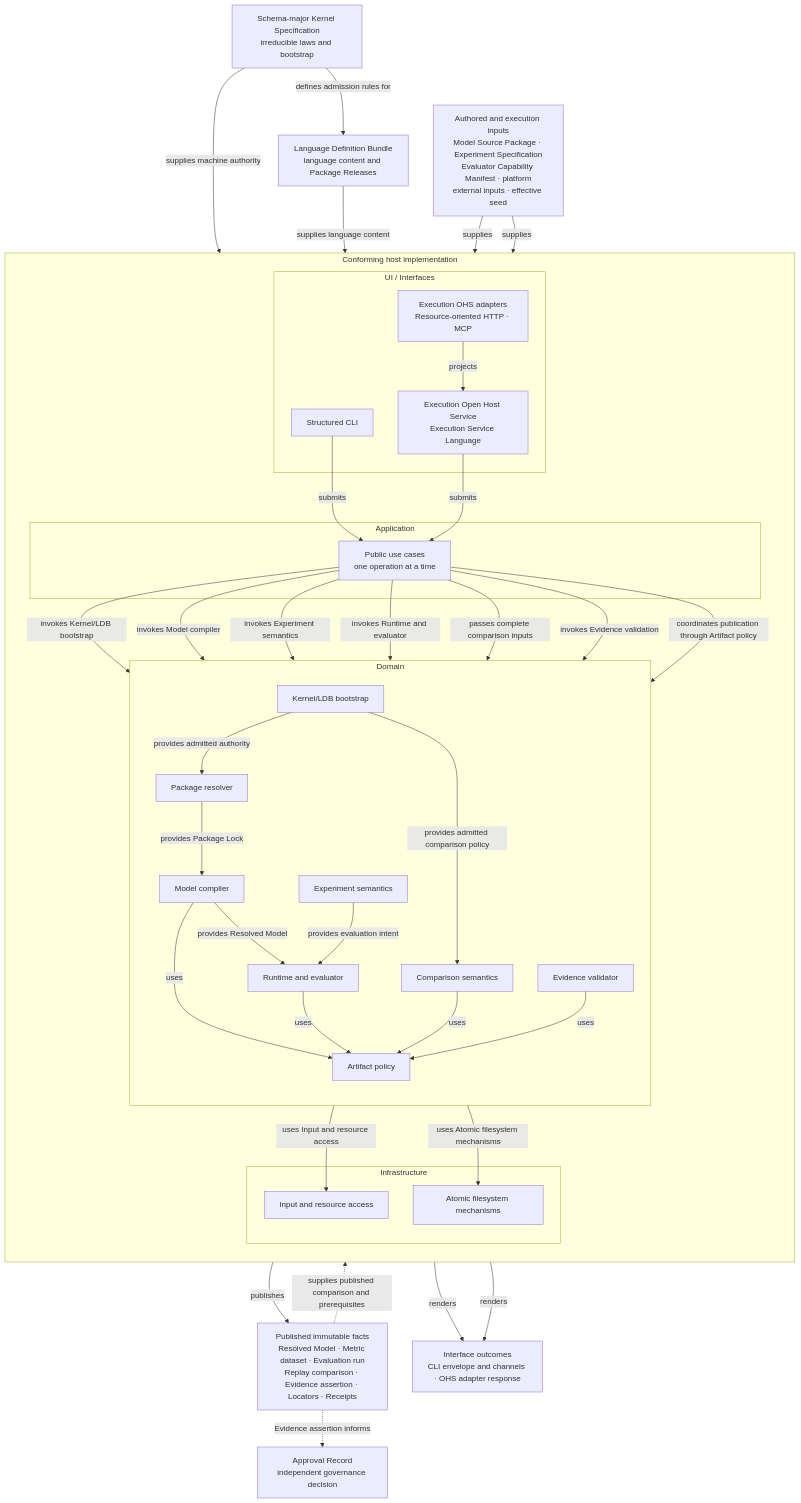
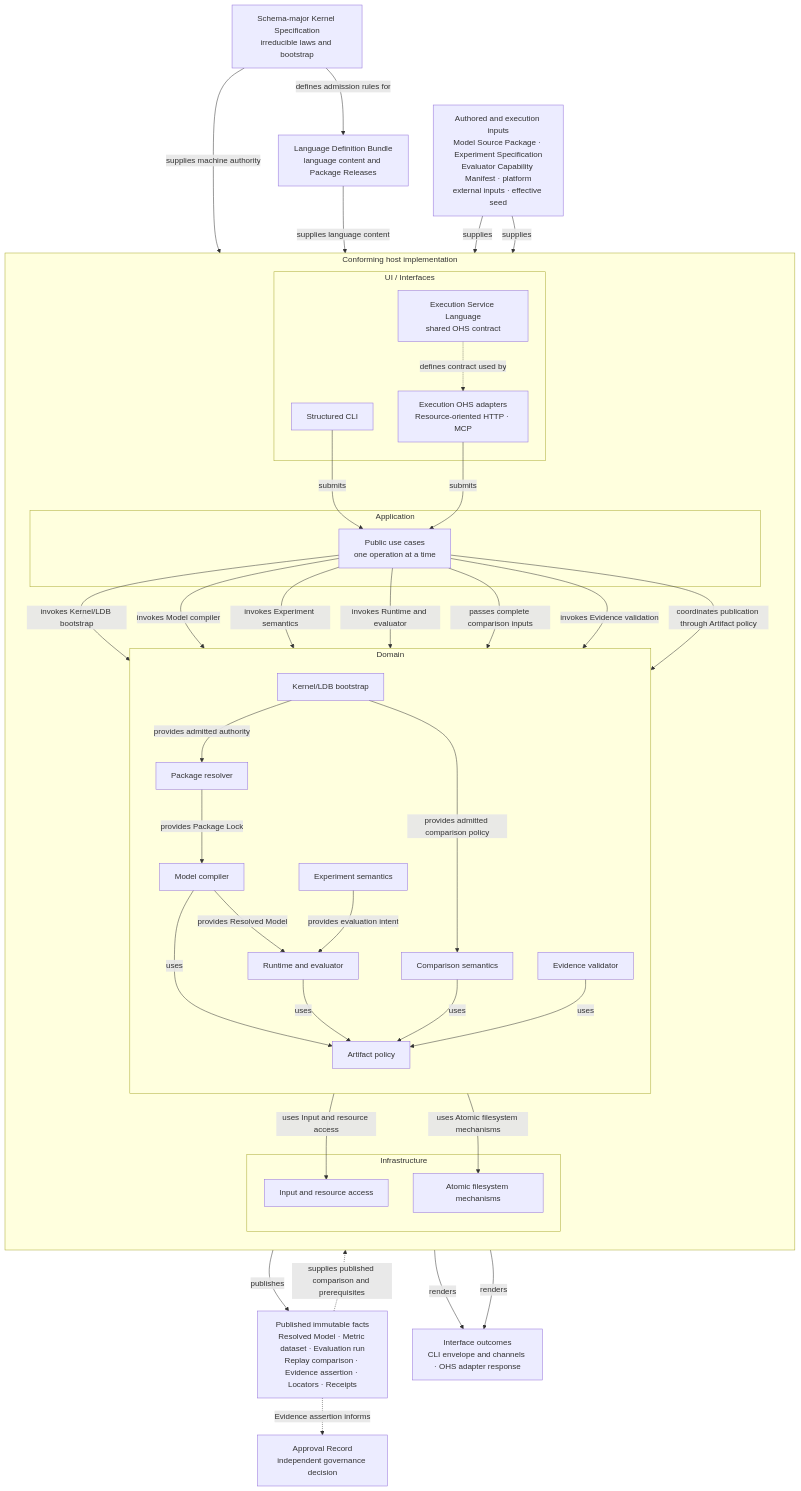
The first of 4 diagrams in libs/gda-balancing/docs/ARCHITECTURE.md (aigengame/godot-agent), drawn with Mermaid before and after one commit. The commit also changed other lines of this file and 3 other files, not shown here.

Commit message:
docs(balancing): clarify execution service contract

````diff
--- a/libs/gda-balancing/docs/ARCHITECTURE.md
+++ b/libs/gda-balancing/docs/ARCHITECTURE.md
@@ -152,73 +152,73 @@
 ```mermaid
 flowchart TB
     K["Schema-major Kernel Specification<br/>irreducible laws and bootstrap"]
     L["Language Definition Bundle<br/>language content and Package Releases"]
     H["Authored and execution inputs<br/>Model Source Package · Experiment Specification<br/>Evaluator Capability Manifest · platform<br/>external inputs · effective seed"]
 
     K -->|"defines admission rules for"| L
 
     subgraph HOST["Conforming host implementation"]
         direction TB
         subgraph UI["UI / Interfaces"]
             U["Structured CLI"]
             T["Execution OHS adapters<br/>Resource-oriented HTTP · MCP"]
-            E["Execution Open Host Service<br/>Execution Service Language"]
+            E["Execution Service Language<br/>shared OHS contract"]
 
-            T -->|"projects"| E
+            E -. "defines contract used by" .-> T
         end
         subgraph APP["Application"]
             A["Public use cases<br/>one operation at a time"]
         end
         subgraph DOM["Domain"]
             direction TB
             B["Kernel/LDB bootstrap"]
             P["Package resolver"]
             C["Model compiler"]
             X["Experiment semantics"]
             R["Runtime and evaluator"]
             M["Comparison semantics"]
             V["Evidence validator"]
             Q["Artifact policy"]
 
             B -->|"provides admitted authority"| P
             B -->|"provides admitted comparison policy"| M
             P -->|"provides Package Lock"| C
             C -->|"provides Resolved Model"| R
             X -->|"provides evaluation intent"| R
             C -->|uses| Q
             R -->|uses| Q
             M -->|uses| Q
             V -->|uses| Q
         end
         subgraph INF["Infrastructure"]
             I["Input and resource access"]
             F["Atomic filesystem mechanisms"]
         end
 
         U -->|submits| A
-        E -->|submits| A
+        T -->|submits| A
         A -->|"invokes Kernel/LDB bootstrap"| B
         A -->|"invokes Model compiler"| C
         A -->|"invokes Experiment semantics"| X
         A -->|"invokes Runtime and evaluator"| R
         A -->|"passes complete comparison inputs"| M
         A -->|"invokes Evidence validation"| V
         A -->|"coordinates publication through Artifact policy"| Q
         B -->|"uses Input and resource access"| I
         Q -->|"uses Atomic filesystem mechanisms"| F
     end
 
     O["Published immutable facts<br/>Resolved Model · Metric dataset · Evaluation run<br/>Replay comparison · Evidence assertion · Locators · Receipts"]
     S["Interface outcomes<br/>CLI envelope and channels · OHS adapter response"]
     G["Approval Record<br/>independent governance decision"]
 
     K -->|"supplies machine authority"| B
     L -->|"supplies language content"| B
     H -->|supplies| U
     H -->|supplies| T
     Q -->|publishes| O
     O -. "supplies published comparison and prerequisites" .-> V
     U -->|renders| S
     T -->|renders| S
     O -. "Evidence assertion informs" .-> G
 ```
````
